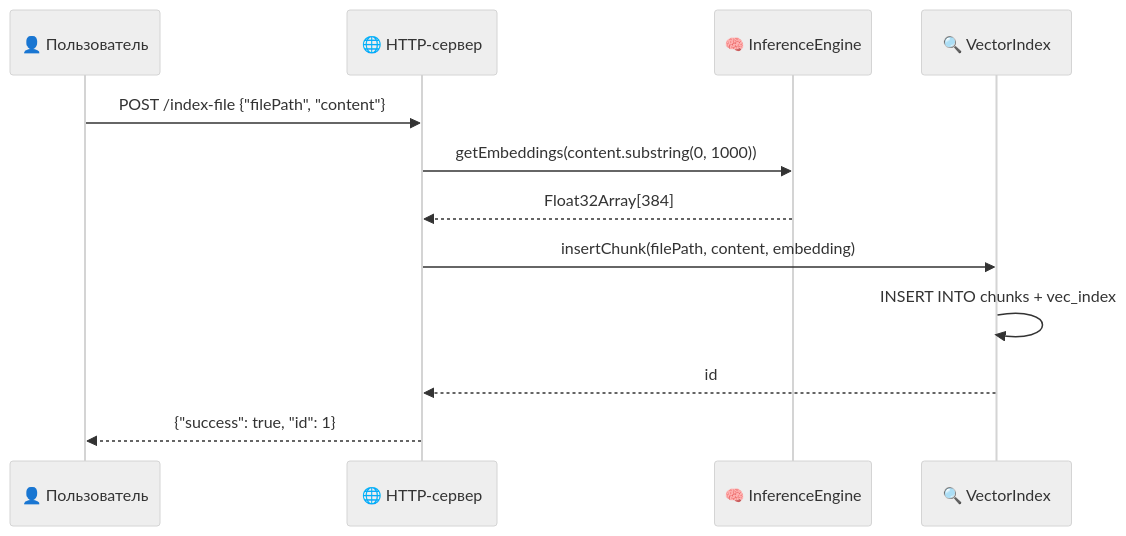
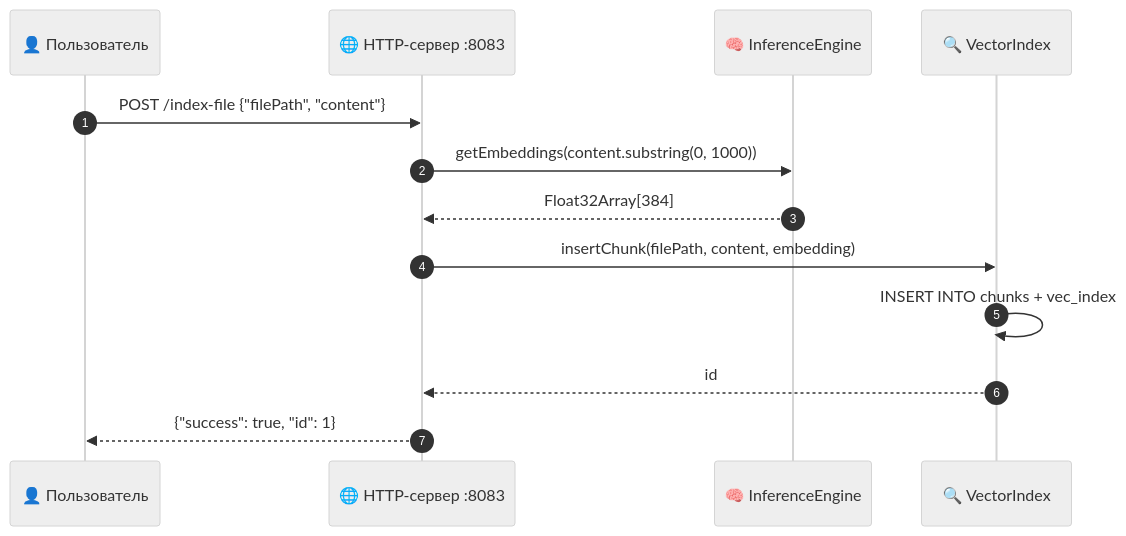
One commit to Bezooom/Evocode changed the third of 6 diagrams in docs/ARCHITECTURE.md. Above: the diagram before and after it, drawn with Mermaid (neutral theme). The commit also changed other lines of this file and 4 other files, not shown here.

Commit message:
docs: optimize Mermaid diagram sizing and styling; make VISUAL architecture interactive HTML

````diff
--- a/docs/ARCHITECTURE.md
+++ b/docs/ARCHITECTURE.md
@@ -124,15 +107,16 @@
 ```mermaid
 sequenceDiagram
+    autonumber
     participant U as 👤 Пользователь
-    participant S as 🌐 HTTP-сервер
+    participant S as 🌐 HTTP-сервер :8083
     participant IE as 🧠 InferenceEngine
     participant V as 🔍 VectorIndex
 
     U->>S: POST /index-file {"filePath", "content"}
     S->>IE: getEmbeddings(content.substring(0, 1000))
     IE-->>S: Float32Array[384]
     S->>V: insertChunk(filePath, content, embedding)
     V->>V: INSERT INTO chunks + vec_index
     V-->>S: id
     S-->>U: {"success": true, "id": 1}
 ```
````
